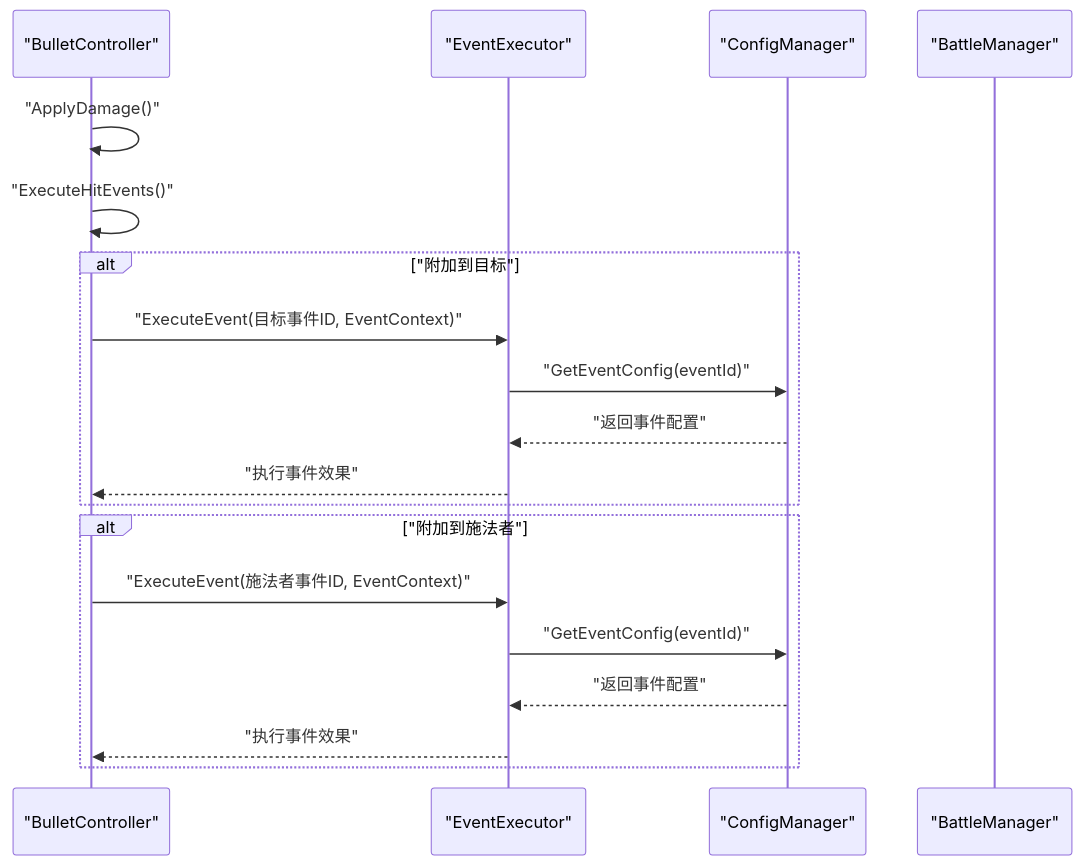
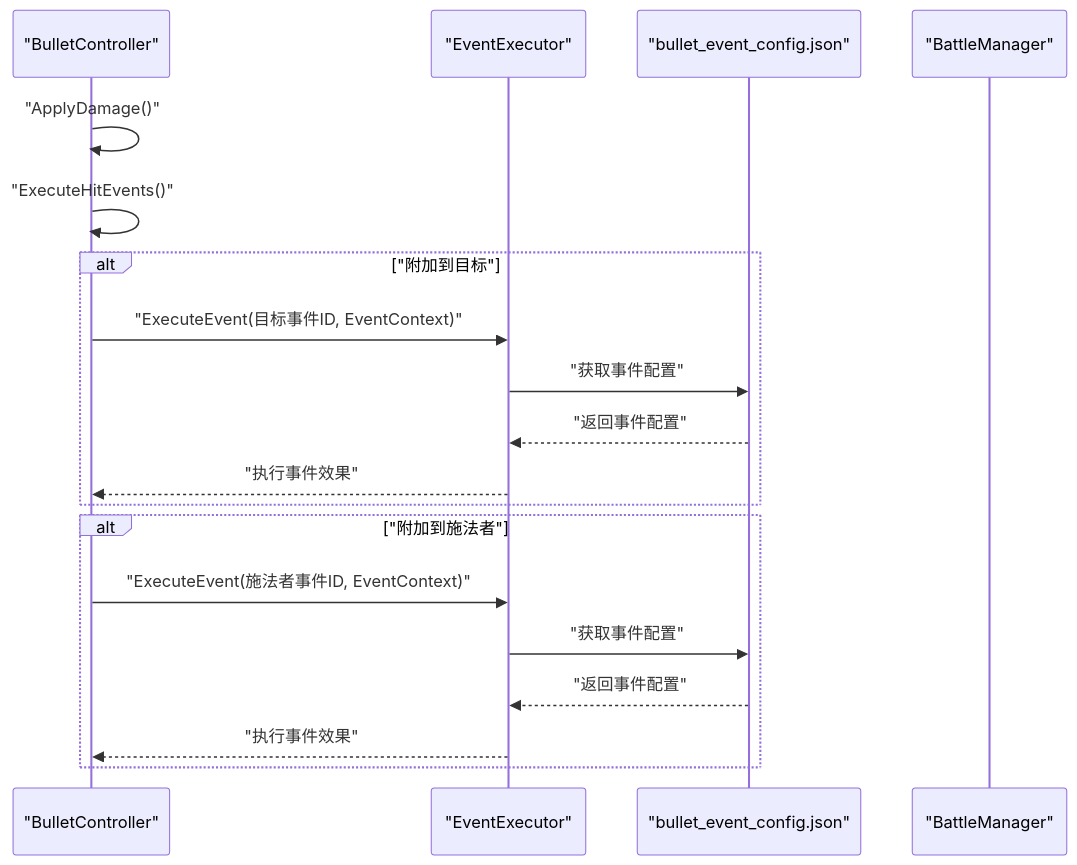
Before and after one commit to Tuusen/p1_client: the fourth of 5 diagrams in .qoder/repowiki/zh/content/战斗系统/弹幕系统.md, drawn with Mermaid. The commit also changed other lines of this file and 13 other files, not shown here.

````diff
--- a/.qoder/repowiki/zh/content/战斗系统/弹幕系统.md
+++ b/.qoder/repowiki/zh/content/战斗系统/弹幕系统.md
@@ -248,21 +287,21 @@
 ```mermaid
 sequenceDiagram
 participant BC as "BulletController"
 participant Evt as "EventExecutor"
-participant Cfg as "ConfigManager"
+participant Cfg as "bullet_event_config.json"
 participant BM as "BattleManager"
 BC->>BC : "ApplyDamage()"
 BC->>BC : "ExecuteHitEvents()"
 alt "附加到目标"
 BC->>Evt : "ExecuteEvent(目标事件ID, EventContext)"
-Evt->>Cfg : "GetEventConfig(eventId)"
+Evt->>Cfg : "获取事件配置"
 Cfg-->>Evt : "返回事件配置"
 Evt-->>BC : "执行事件效果"
 end
 alt "附加到施法者"
 BC->>Evt : "ExecuteEvent(施法者事件ID, EventContext)"
-Evt->>Cfg : "GetEventConfig(eventId)"
+Evt->>Cfg : "获取事件配置"
 Cfg-->>Evt : "返回事件配置"
 Evt-->>BC : "执行事件效果"
 end
 ```
````
